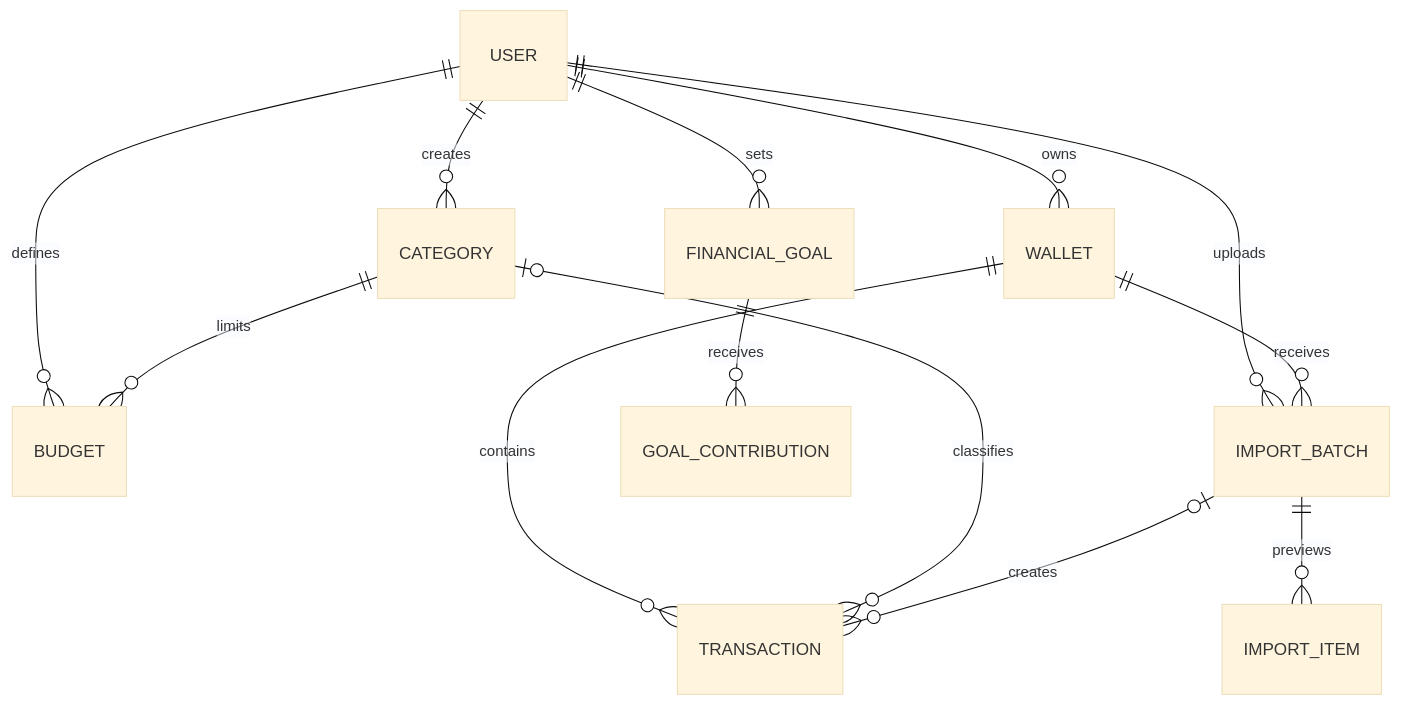
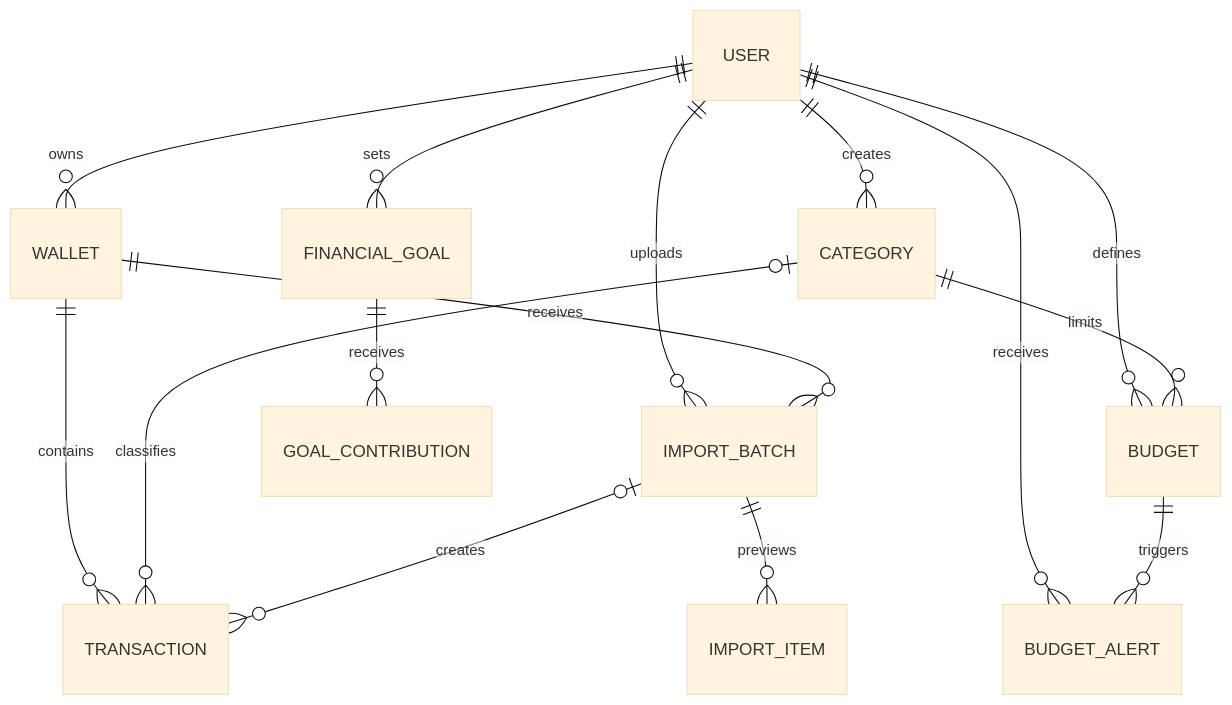
Before and after one commit to JoaoPSchiavoni/expenseTrackerBack: the second of 2 diagrams in README.md, drawn with Mermaid (base theme). The commit also changed other lines of this file and 20 other files, not shown here.

````diff
--- a/README.md
+++ b/README.md
@@ -76,15 +78,17 @@
 ```mermaid
 erDiagram
     USER ||--o{ WALLET : owns
     USER ||--o{ CATEGORY : creates
     USER ||--o{ BUDGET : defines
+    USER ||--o{ BUDGET_ALERT : receives
     USER ||--o{ FINANCIAL_GOAL : sets
     USER ||--o{ IMPORT_BATCH : uploads
     WALLET ||--o{ TRANSACTION : contains
     WALLET ||--o{ IMPORT_BATCH : receives
     CATEGORY o|--o{ TRANSACTION : classifies
     CATEGORY ||--o{ BUDGET : limits
+    BUDGET ||--o{ BUDGET_ALERT : triggers
     IMPORT_BATCH ||--o{ IMPORT_ITEM : previews
     IMPORT_BATCH o|--o{ TRANSACTION : creates
     FINANCIAL_GOAL ||--o{ GOAL_CONTRIBUTION : receives
 ```
````
